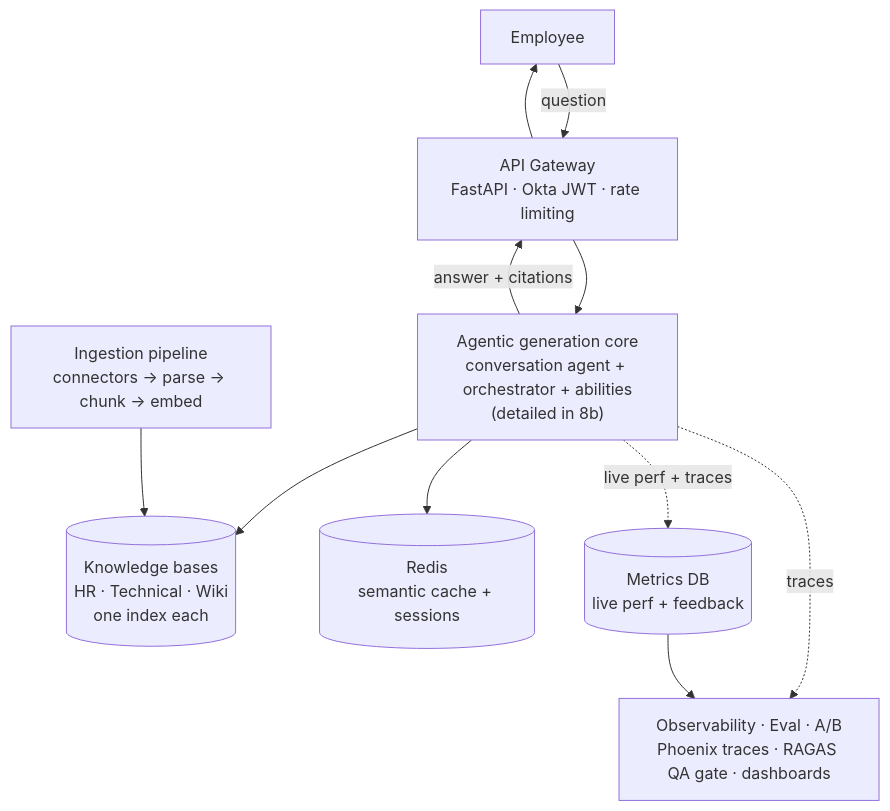
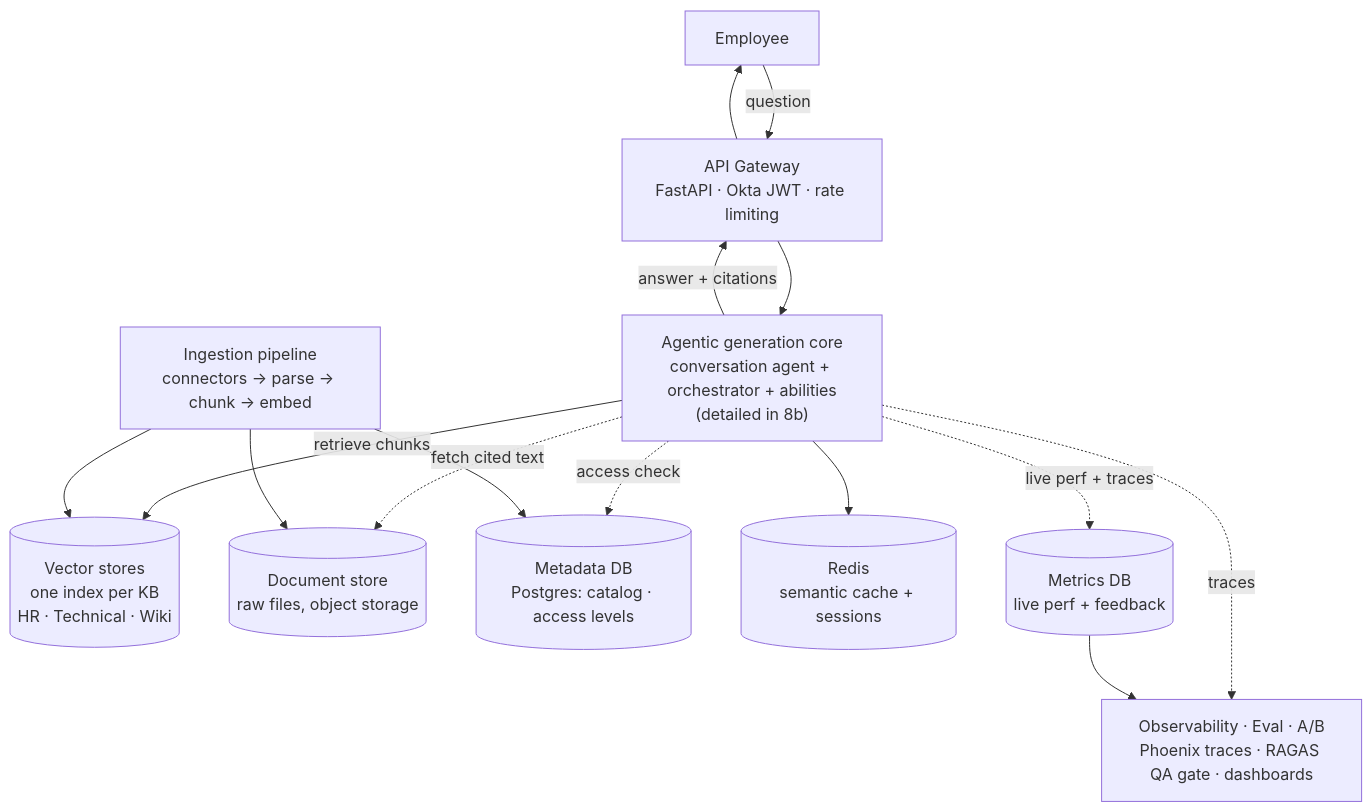
Before and after one commit to AndresPerez-n/corporate-chatbot-rag: the second of 3 diagrams in ARCHITECTURE.md, drawn with Mermaid. The commit also changed other lines of this file and 1 other file, not shown here.

Commit message:
docs: specify per-ability storage, chunking, and retrieval for 3-month target

````diff
--- a/ARCHITECTURE.md
+++ b/ARCHITECTURE.md
@@ -258,20 +258,26 @@
 ```mermaid
 flowchart TB
     USR["Employee"]
     GW["API Gateway<br/>FastAPI · Okta JWT · rate limiting"]
     CORE["Agentic generation core<br/>conversation agent + orchestrator + abilities<br/>(detailed in 8b)"]
-    KBS[("Knowledge bases<br/>HR · Technical · Wiki<br/>one index each")]
+    KBS[("Vector stores<br/>one index per KB<br/>HR · Technical · Wiki")]
+    DOCS[("Document store<br/>raw files, object storage")]
+    META[("Metadata DB<br/>Postgres: catalog · access levels")]
     CACHE[("Redis<br/>semantic cache + sessions")]
     METRICS[("Metrics DB<br/>live perf + feedback")]
     ING["Ingestion pipeline<br/>connectors → parse → chunk → embed"]
     OBS["Observability · Eval · A/B<br/>Phoenix traces · RAGAS QA gate · dashboards"]
 
     USR -->|question| GW --> CORE
     CORE -->|answer + citations| GW --> USR
-    CORE --> KBS
+    CORE -->|retrieve chunks| KBS
+    CORE -.->|fetch cited text| DOCS
+    CORE -.->|access check| META
     CORE --> CACHE
     ING --> KBS
+    ING --> DOCS
+    ING --> META
     CORE -. live perf + traces .-> METRICS
     CORE -. traces .-> OBS
     METRICS --> OBS
 ```
````
